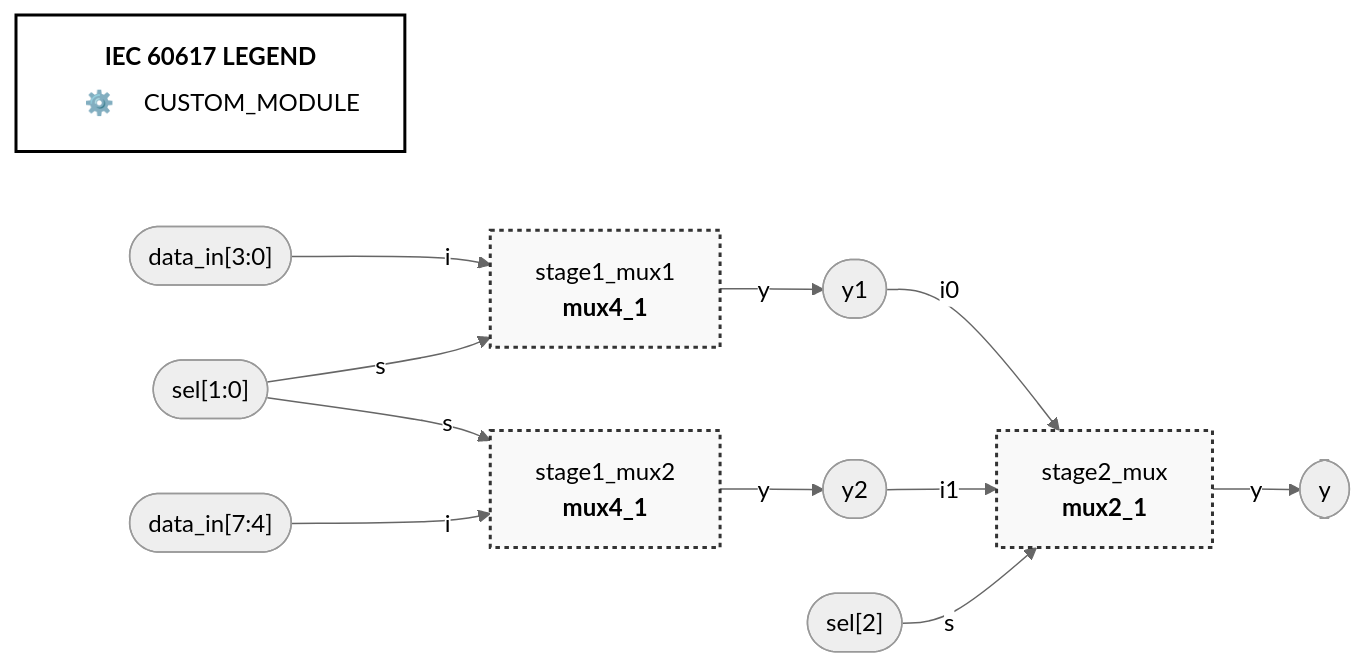
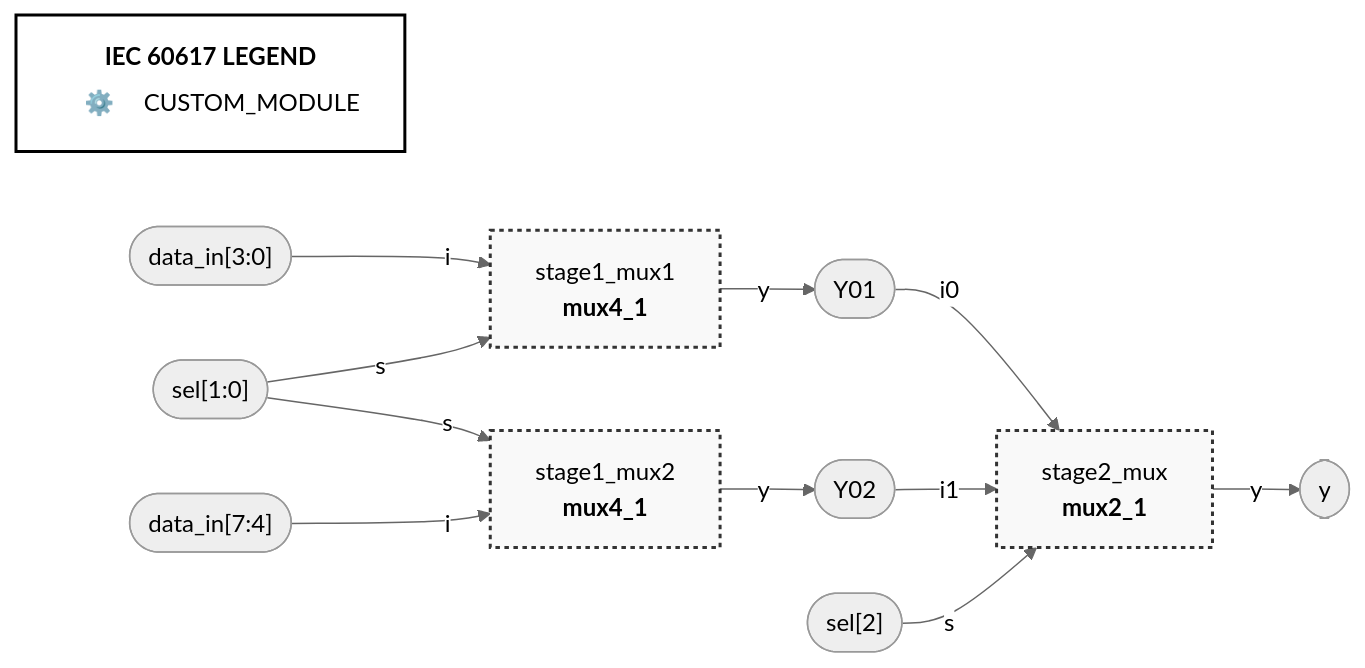
Before and after one commit to GizmoKnPi/Netlist2Mermaid-CI-Pipeline: the diagram in README.md, drawn with Mermaid (neutral theme). The commit also changed 1 other file, not shown here.

Commit message:
netlist change

````diff
--- a/README.md
+++ b/README.md
@@ -5,31 +5,31 @@
 ```mermaid
 graph LR;
     %% --- COLOR CLASSES ---
     classDef AND_GATE fill:#AEC6CF,stroke:#333,stroke-width:2px,color:#000;
     classDef OR_GATE fill:#77DD77,stroke:#333,stroke-width:2px,color:#000;
     classDef XOR_GATE fill:#CFCFC4,stroke:#333,stroke-width:2px,color:#000;
     classDef NOT_GATE fill:#FDFD96,stroke:#333,stroke-width:2px,color:#000;
     classDef NAND_GATE fill:#FFB347,stroke:#333,stroke-width:2px,color:#000;
     classDef NOR_GATE fill:#FF6961,stroke:#333,stroke-width:2px,color:#000;
     classDef MUX2X1 fill:#B39EB5,stroke:#333,stroke-width:2px,color:#000;
     classDef CUSTOM_MODULE fill:#8EE1E7,stroke:#333,stroke-width:2px,color:#000;
     classDef DEFAULT_MOD fill:#f9f9f9,stroke:#333,stroke-width:2px,stroke-dasharray: 3 3,color:#000;
 
     LEGEND["<h4 style='margin:0px; padding-bottom:5px; color:black !important;'>IEC 60617 LEGEND</h4><div style='margin-bottom:4px; color:black !important;'><span style='display:inline-block; border:1px dashed #333; background:#f9f9f9; padding:2px 8px; border-radius:3px; width:35px; text-align:center;'><b style='color:black !important;'>⚙️</b></span> CUSTOM_MODULE</div>"]
     style LEGEND fill:#ffffff,stroke:#000,stroke-width:2px
     %% ----------------------------------
 
     stage1_mux1["stage1_mux1<br><b>mux4_1</b>"]:::DEFAULT_MOD
     data_in_3_0_(["data_in[3:0]"]) -->|i| stage1_mux1;
     sel_1_0_(["sel[1:0]"]) -->|s| stage1_mux1;
-    stage1_mux1 -->|y| y1(["y1"]);
+    stage1_mux1 -->|y| Y01(["Y01"]);
     stage1_mux2["stage1_mux2<br><b>mux4_1</b>"]:::DEFAULT_MOD
     data_in_7_4_(["data_in[7:4]"]) -->|i| stage1_mux2;
     sel_1_0_(["sel[1:0]"]) -->|s| stage1_mux2;
-    stage1_mux2 -->|y| y2(["y2"]);
+    stage1_mux2 -->|y| Y02(["Y02"]);
     stage2_mux["stage2_mux<br><b>mux2_1</b>"]:::DEFAULT_MOD
-    y1(["y1"]) -->|i0| stage2_mux;
-    y2(["y2"]) -->|i1| stage2_mux;
+    Y01(["Y01"]) -->|i0| stage2_mux;
+    Y02(["Y02"]) -->|i1| stage2_mux;
     sel_2_(["sel[2]"]) -->|s| stage2_mux;
     stage2_mux -->|y| y(["y"]);
 ```
````
